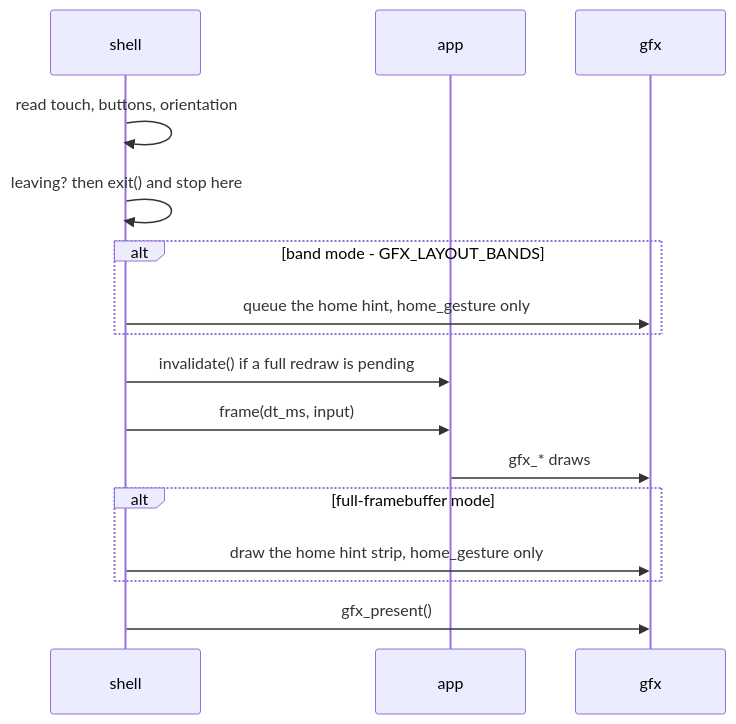
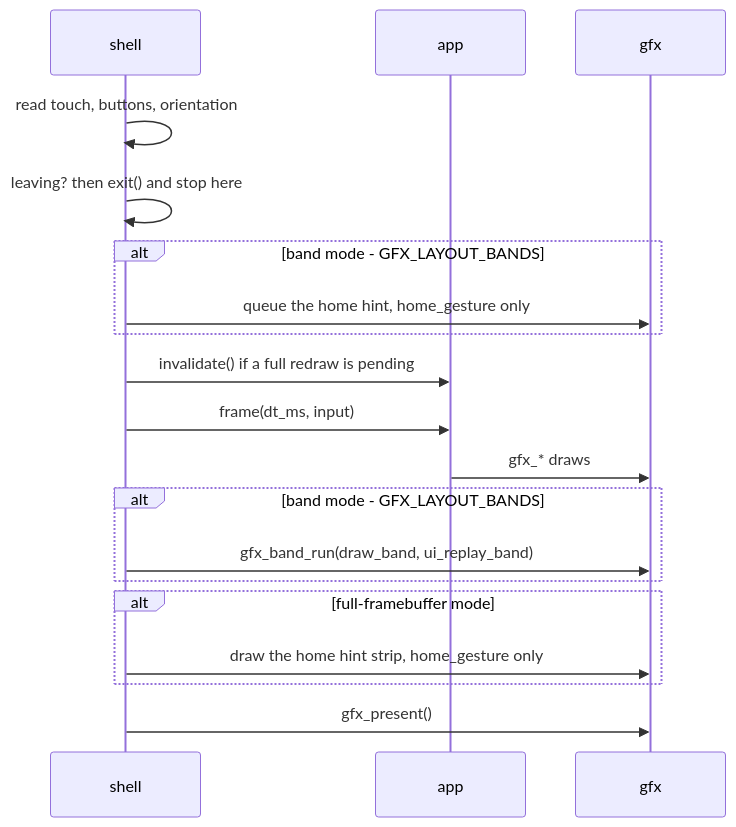
One commit to jose-villegas/autana changed the second of 3 diagrams in docs/Building-an-App.md. Above: the diagram before and after it, drawn with Mermaid. The commit also changed other lines of this file and 12 other files, not shown here.

Commit message:
gfx: centralize band presentation

````diff
--- a/docs/Building-an-App.md
+++ b/docs/Building-an-App.md
@@ -138,18 +138,21 @@
 ```mermaid
 sequenceDiagram
     participant S as shell
     participant A as app
     participant G as gfx
     S->>S: read touch, buttons, orientation
     S->>S: leaving? then exit() and stop here
     alt band mode - GFX_LAYOUT_BANDS
         S->>G: queue the home hint, home_gesture only
     end
     S->>A: invalidate() if a full redraw is pending
     S->>A: frame(dt_ms, input)
     A->>G: gfx_* draws
+    alt band mode - GFX_LAYOUT_BANDS
+        S->>G: gfx_band_run(draw_band, ui_replay_band)
+    end
     alt full-framebuffer mode
         S->>G: draw the home hint strip, home_gesture only
     end
     S->>G: gfx_present()
 ```
````
